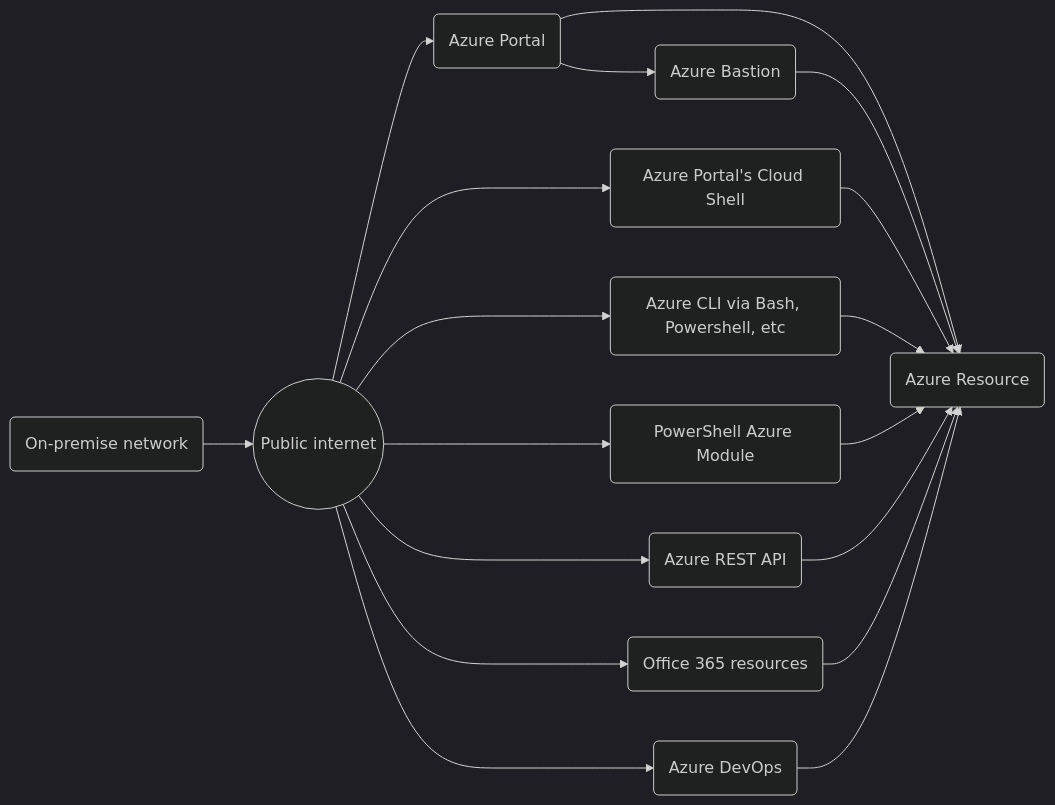
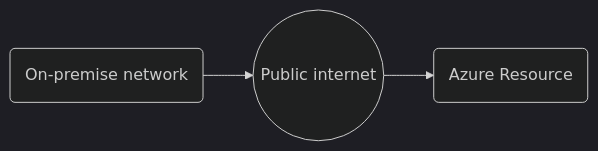
Before and after one commit to bigtoga/Examples: the first of 2 diagrams in Cloud - Azure/Azure Virtual Networks/ExpressRoute.md, drawn with Mermaid (dark theme). The commit also changed other lines of this file, not shown here.

````diff
--- a/Cloud - Azure/Azure Virtual Networks/ExpressRoute.md
+++ b/Cloud - Azure/Azure Virtual Networks/ExpressRoute.md
@@ -37,20 +46,5 @@
 ```mermaid
 graph LR
     A(On-premise network) --> B((Public internet))
-    B --> C(Azure Portal)
-    C --> D(Azure Resource)
-    B --> E(Azure Portal's Cloud Shell)
-    E --> D
-    B --> F(Azure CLI via Bash, Powershell, etc)
-    F --> D
-    B --> G(PowerShell Azure Module)
-    G --> D
-    B --> H(Azure REST API)
-    H --> D
-    C --> I(Azure Bastion)
-    I --> D
-    B --> J(Office 365 resources)
-    J --> D
-    B --> K(Azure DevOps)
-    K --> D
+    B --> C(Azure Resource)
 ```    
````
